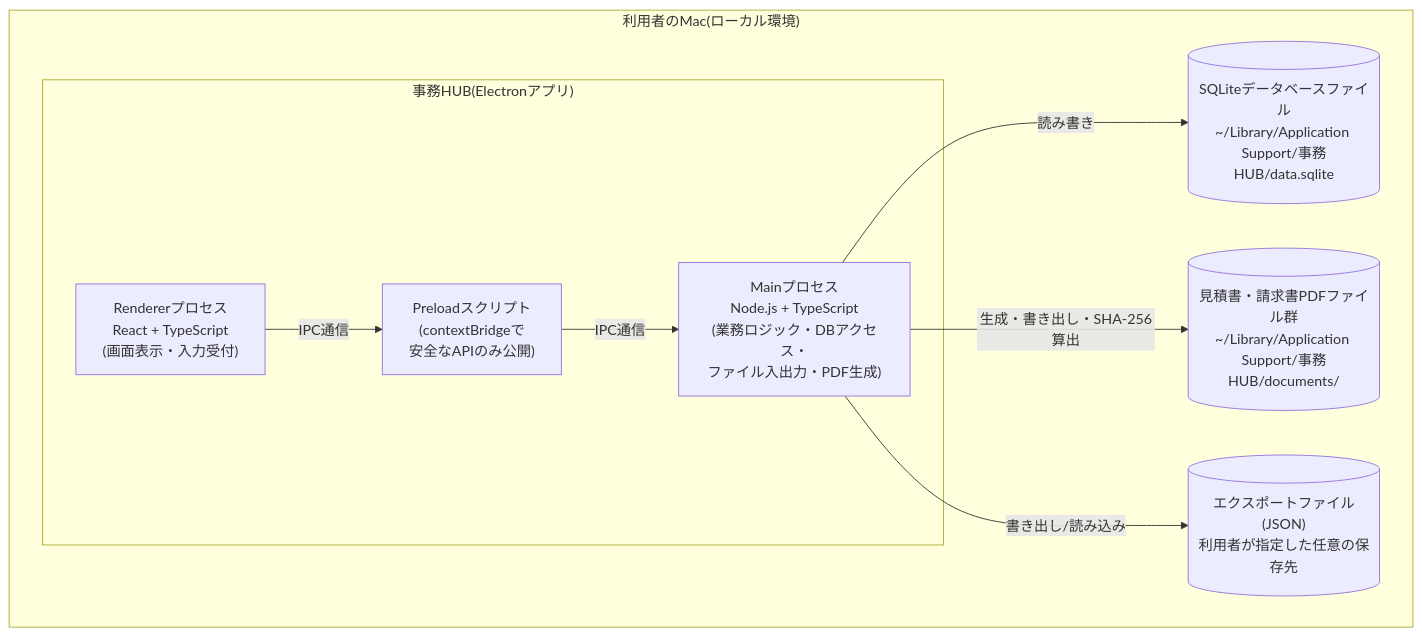
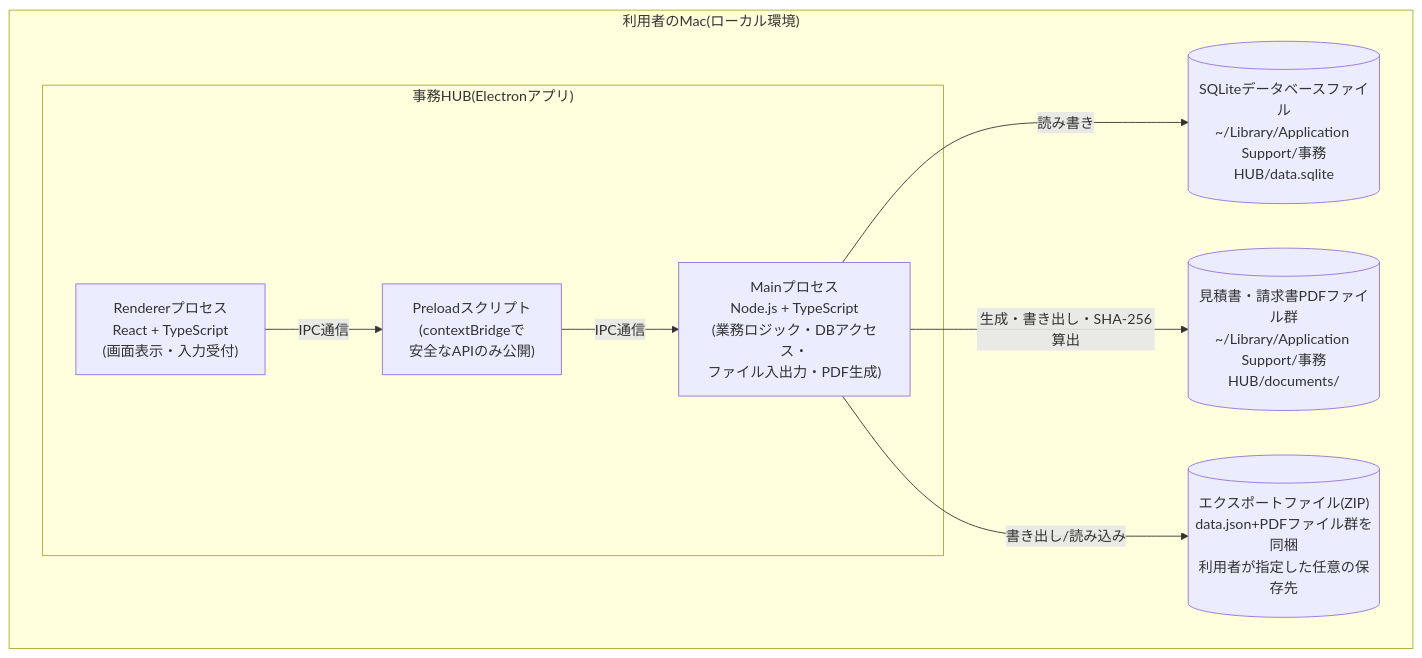
One commit to eiai00000001-cell/jimu-hub changed the first of 3 diagrams in docs/03_architect/基本設計書.md. Above: the diagram before and after it, drawn with Mermaid. The commit also changed other lines of this file and 1 other file, not shown here.

First line of the commit message:
docs: include PDFs in export and settle hash policy

````diff
--- a/docs/03_architect/基本設計書.md
+++ b/docs/03_architect/基本設計書.md
@@ -48,18 +50,18 @@
 ```mermaid
 graph TB
   subgraph Mac["利用者のMac(ローカル環境)"]
     subgraph App["事務HUB(Electronアプリ)"]
       Renderer["Rendererプロセス<br/>React + TypeScript<br/>(画面表示・入力受付)"]
       Preload["Preloadスクリプト<br/>(contextBridgeで<br/>安全なAPIのみ公開)"]
       Main["Mainプロセス<br/>Node.js + TypeScript<br/>(業務ロジック・DBアクセス・<br/>ファイル入出力・PDF生成)"]
       Renderer -- "IPC通信" --> Preload
       Preload -- "IPC通信" --> Main
     end
     DB[("SQLiteデータベースファイル<br/>~/Library/Application Support/事務HUB/data.sqlite")]
     PdfFiles[("見積書・請求書PDFファイル群<br/>~/Library/Application Support/事務HUB/documents/")]
-    ExportFile[("エクスポートファイル(JSON)<br/>利用者が指定した任意の保存先")]
+    ExportFile[("エクスポートファイル(ZIP)<br/>data.json+PDFファイル群を同梱<br/>利用者が指定した任意の保存先")]
     Main -- "読み書き" --> DB
     Main -- "生成・書き出し・SHA-256算出" --> PdfFiles
     Main -- "書き出し/読み込み" --> ExportFile
   end
 ```
````
